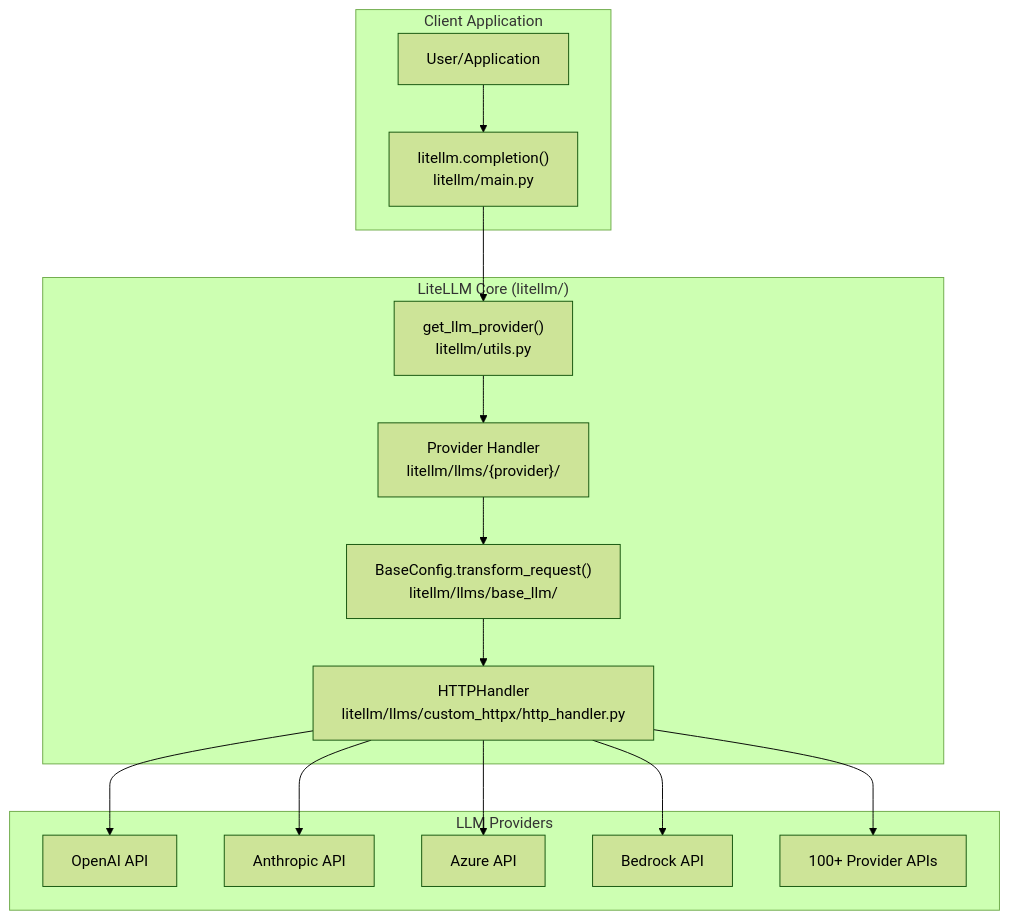
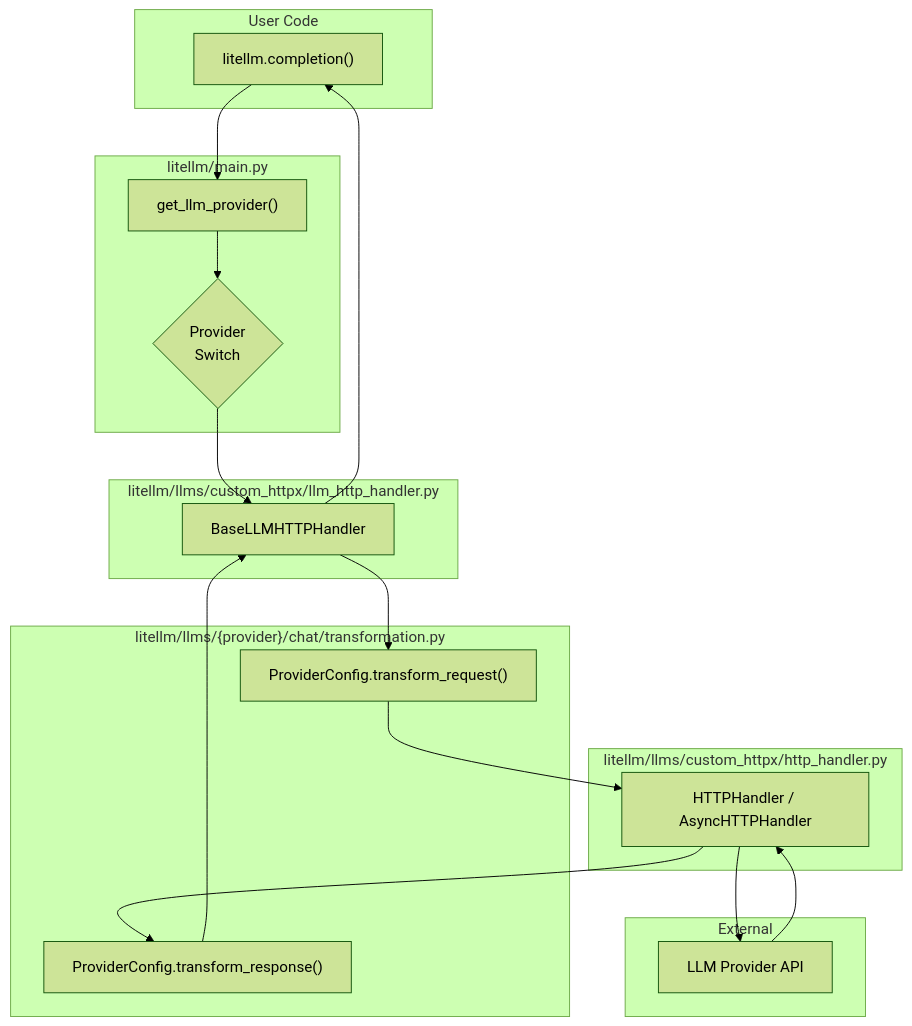
Before and after one commit to BerriAI/litellm: the first of 2 diagrams in ARCHITECTURE.md, drawn with Mermaid (forest theme). The commit also changed other lines of this file, not shown here.

````diff
--- a/ARCHITECTURE.md
+++ b/ARCHITECTURE.md
@@ -9,21 +17,39 @@
 ```mermaid
 graph TD
-    subgraph Client Application
-        A[User/Application] --> B["litellm.completion()<br/>litellm/main.py"]
+    subgraph "User Code"
+        Client["litellm.completion()"]
     end
 
-    subgraph "LiteLLM Core (litellm/)"
-        B --> C["get_llm_provider()<br/>litellm/utils.py"]
-        C --> D["Provider Handler<br/>litellm/llms/{provider}/"]
-        D --> E["BaseConfig.transform_request()<br/>litellm/llms/base_llm/"]
-        E --> F["HTTPHandler<br/>litellm/llms/custom_httpx/http_handler.py"]
+    subgraph "litellm/main.py"
+        GetProvider["get_llm_provider()"]
+        ProviderSwitch{"Provider<br/>Switch"}
     end
 
-    subgraph LLM Providers
-        F --> G[OpenAI API]
-        F --> H[Anthropic API]
-        F --> I[Azure API]
-        F --> J[Bedrock API]
-        F --> K[100+ Provider APIs]
+    subgraph "litellm/llms/custom_httpx/llm_http_handler.py"
+        BaseLLMHTTPHandler["BaseLLMHTTPHandler"]
     end
+
+    subgraph "litellm/llms/{provider}/chat/transformation.py"
+        TransformRequest["ProviderConfig.transform_request()"]
+        TransformResponse["ProviderConfig.transform_response()"]
+    end
+
+    subgraph "litellm/llms/custom_httpx/http_handler.py"
+        HTTPHandler["HTTPHandler / AsyncHTTPHandler"]
+    end
+
+    subgraph "External"
+        ProviderAPI["LLM Provider API"]
+    end
+
+    Client --> GetProvider
+    GetProvider --> ProviderSwitch
+    ProviderSwitch --> BaseLLMHTTPHandler
+    BaseLLMHTTPHandler --> TransformRequest
+    TransformRequest --> HTTPHandler
+    HTTPHandler --> ProviderAPI
+    ProviderAPI --> HTTPHandler
+    HTTPHandler --> TransformResponse
+    TransformResponse --> BaseLLMHTTPHandler
+    BaseLLMHTTPHandler --> Client
 ```
````
